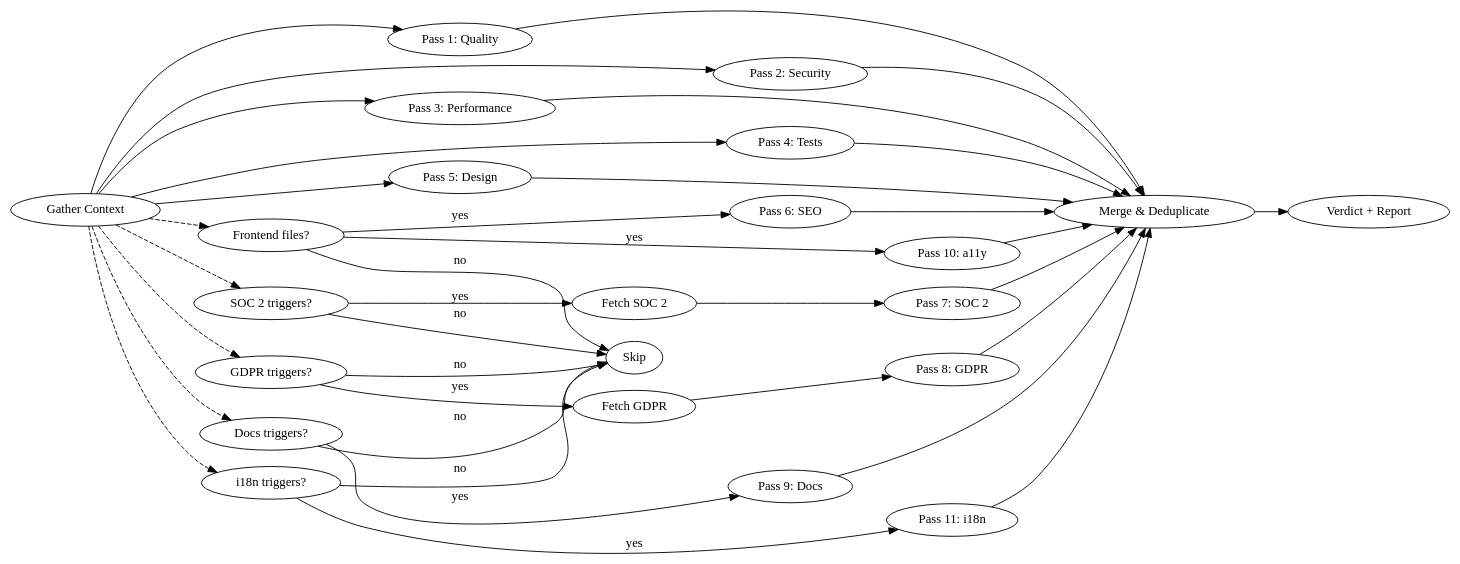
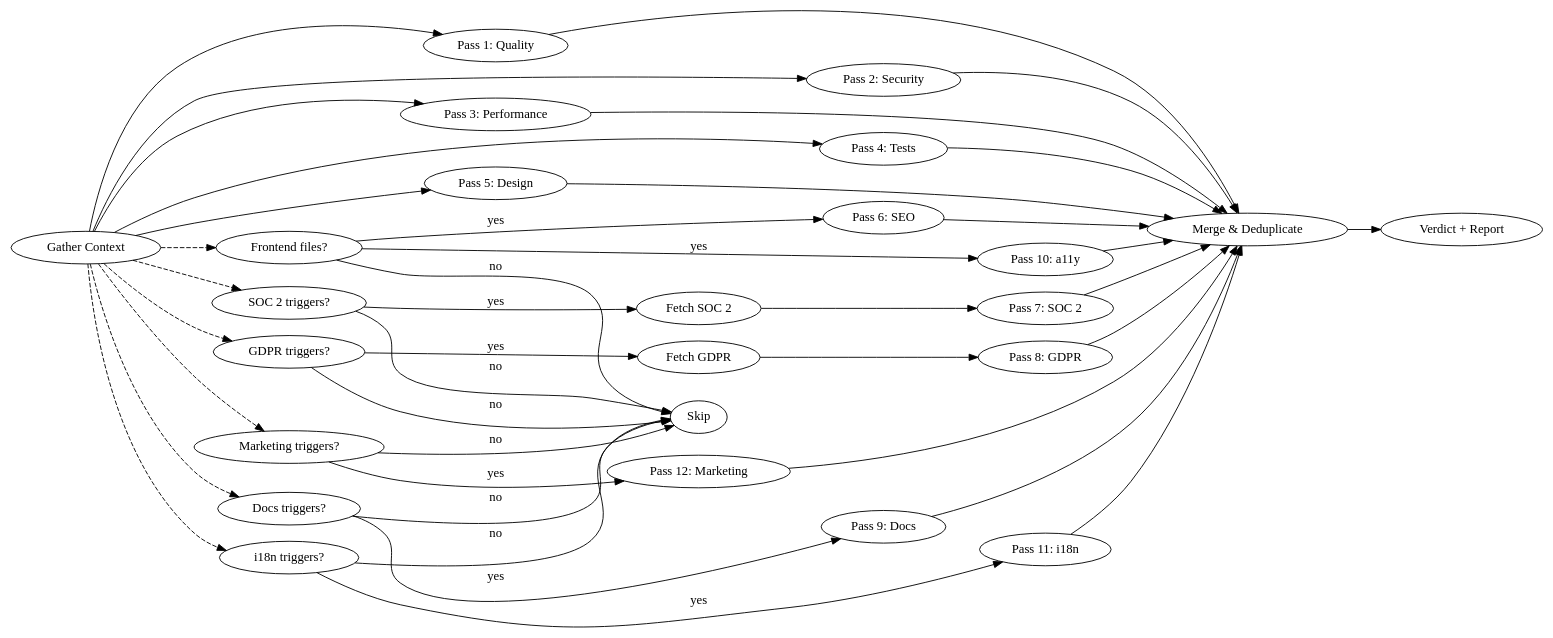
One commit to caio-silva/claude-skills changed the diagram in skills/deep-code-review/SKILL.md. Above: the diagram before and after it, drawn with Graphviz. The commit also changed other lines of this file and 1 other file, not shown here.

First line of the commit message:
feat: add Pass 12 (Marketing & Conversion) + improve passes from research

````diff
--- a/skills/deep-code-review/SKILL.md
+++ b/skills/deep-code-review/SKILL.md
@@ -30,33 +30,37 @@
 ```dot
 digraph review_flow {
     rankdir=LR;
     "Gather Context" -> "Pass 1: Quality" -> "Merge & Deduplicate";
     "Gather Context" -> "Pass 2: Security" -> "Merge & Deduplicate";
     "Gather Context" -> "Pass 3: Performance" -> "Merge & Deduplicate";
     "Gather Context" -> "Pass 4: Tests" -> "Merge & Deduplicate";
     "Gather Context" -> "Pass 5: Design" -> "Merge & Deduplicate";
     "Gather Context" -> "Frontend files?" [style=dashed];
     "Frontend files?" -> "Pass 6: SEO" [label="yes"];
     "Frontend files?" -> "Pass 10: a11y" [label="yes"];
     "Frontend files?" -> "Skip" [label="no"];
     "Pass 6: SEO" -> "Merge & Deduplicate";
     "Pass 10: a11y" -> "Merge & Deduplicate";
     "Gather Context" -> "SOC 2 triggers?" [style=dashed];
     "SOC 2 triggers?" -> "Fetch SOC 2" [label="yes"];
     "SOC 2 triggers?" -> "Skip" [label="no"];
     "Fetch SOC 2" -> "Pass 7: SOC 2" -> "Merge & Deduplicate";
     "Gather Context" -> "GDPR triggers?" [style=dashed];
     "GDPR triggers?" -> "Fetch GDPR" [label="yes"];
     "GDPR triggers?" -> "Skip" [label="no"];
     "Fetch GDPR" -> "Pass 8: GDPR" -> "Merge & Deduplicate";
     "Gather Context" -> "Docs triggers?" [style=dashed];
     "Docs triggers?" -> "Pass 9: Docs" [label="yes"];
     "Docs triggers?" -> "Skip" [label="no"];
     "Pass 9: Docs" -> "Merge & Deduplicate";
     "Gather Context" -> "i18n triggers?" [style=dashed];
     "i18n triggers?" -> "Pass 11: i18n" [label="yes"];
     "i18n triggers?" -> "Skip" [label="no"];
     "Pass 11: i18n" -> "Merge & Deduplicate";
+    "Gather Context" -> "Marketing triggers?" [style=dashed];
+    "Marketing triggers?" -> "Pass 12: Marketing" [label="yes"];
+    "Marketing triggers?" -> "Skip" [label="no"];
+    "Pass 12: Marketing" -> "Merge & Deduplicate";
     "Merge & Deduplicate" -> "Verdict + Report";
 }
 ```
````
